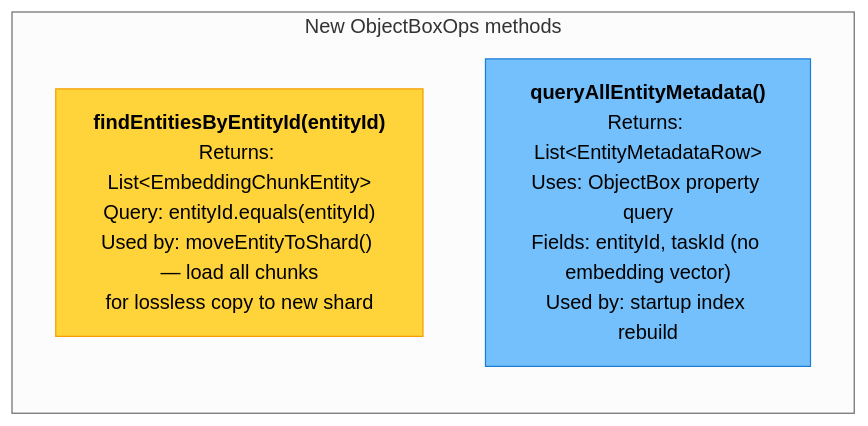
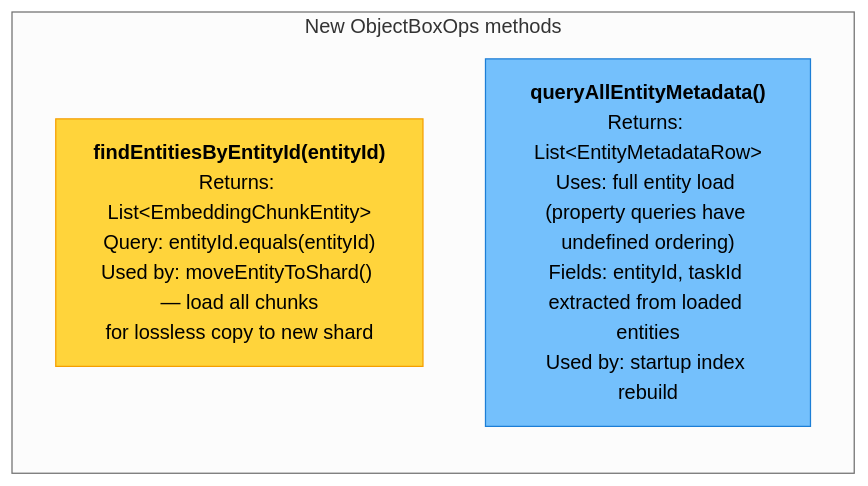
Before and after one commit to matthiasn/lotti: diagram 18 of 27 in docs/implementation_plans/2026-03-07_sharded_vector_search.md, drawn with Mermaid (neutral theme). The commit also changed other lines of this file and 2 other files, not shown here.

````diff
--- a/docs/implementation_plans/2026-03-07_sharded_vector_search.md
+++ b/docs/implementation_plans/2026-03-07_sharded_vector_search.md
@@ -865,13 +904,13 @@
 ```mermaid
 flowchart TD
     subgraph "New ObjectBoxOps methods"
         direction TB
 
         M1["<b>findEntitiesByEntityId(entityId)</b><br/>Returns: List&lt;EmbeddingChunkEntity&gt;<br/>Query: entityId.equals(entityId)<br/>Used by: moveEntityToShard() — load all chunks<br/>for lossless copy to new shard"]
 
-        M2["<b>queryAllEntityMetadata()</b><br/>Returns: List&lt;EntityMetadataRow&gt;<br/>Uses: ObjectBox property query<br/>Fields: entityId, taskId (no embedding vector)<br/>Used by: startup index rebuild"]
+        M2["<b>queryAllEntityMetadata()</b><br/>Returns: List&lt;EntityMetadataRow&gt;<br/>Uses: full entity load (property queries have undefined ordering)<br/>Fields: entityId, taskId extracted from loaded entities<br/>Used by: startup index rebuild"]
     end
 
     style M1 fill:#ffd43b,stroke:#f59f00
     style M2 fill:#74c0fc,stroke:#1c7ed6
 ```
````
